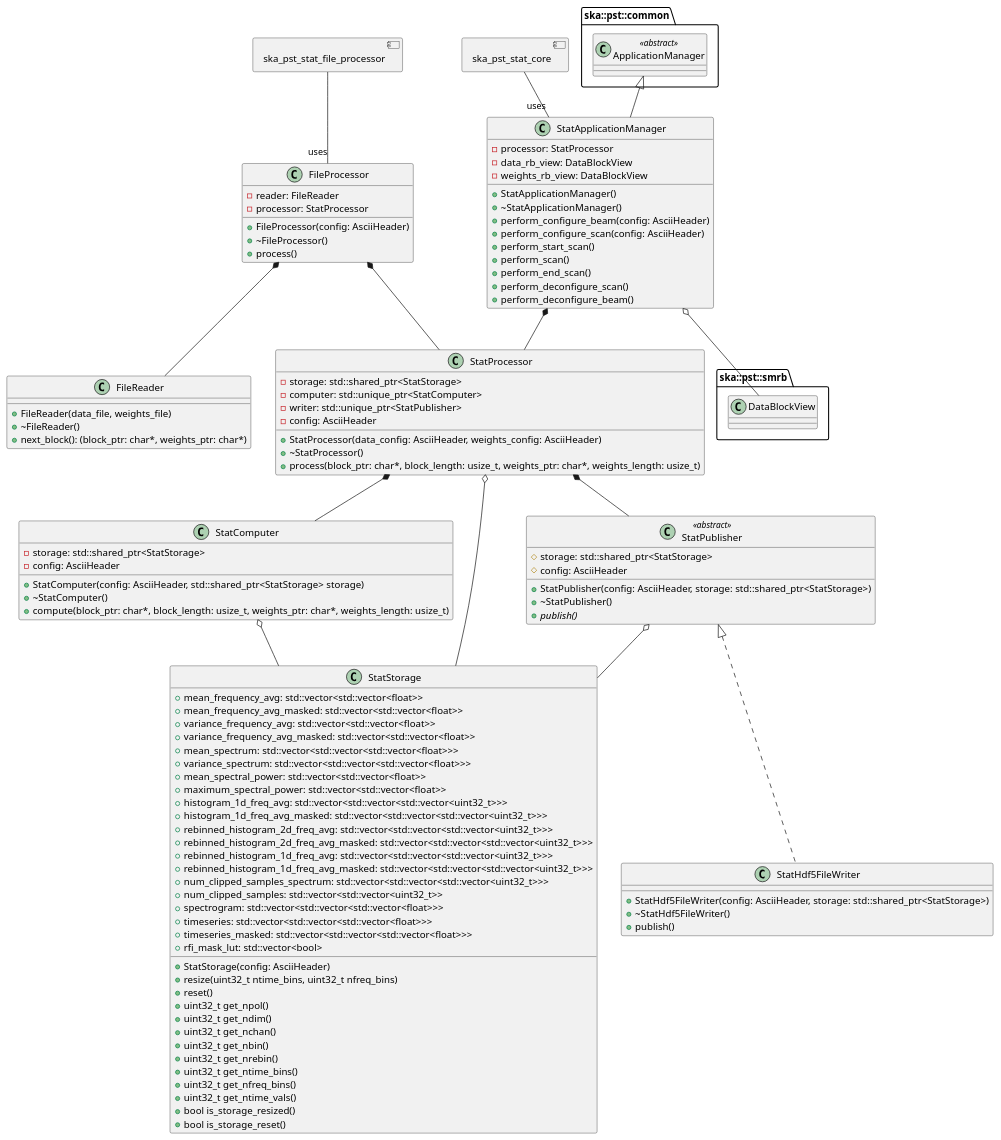
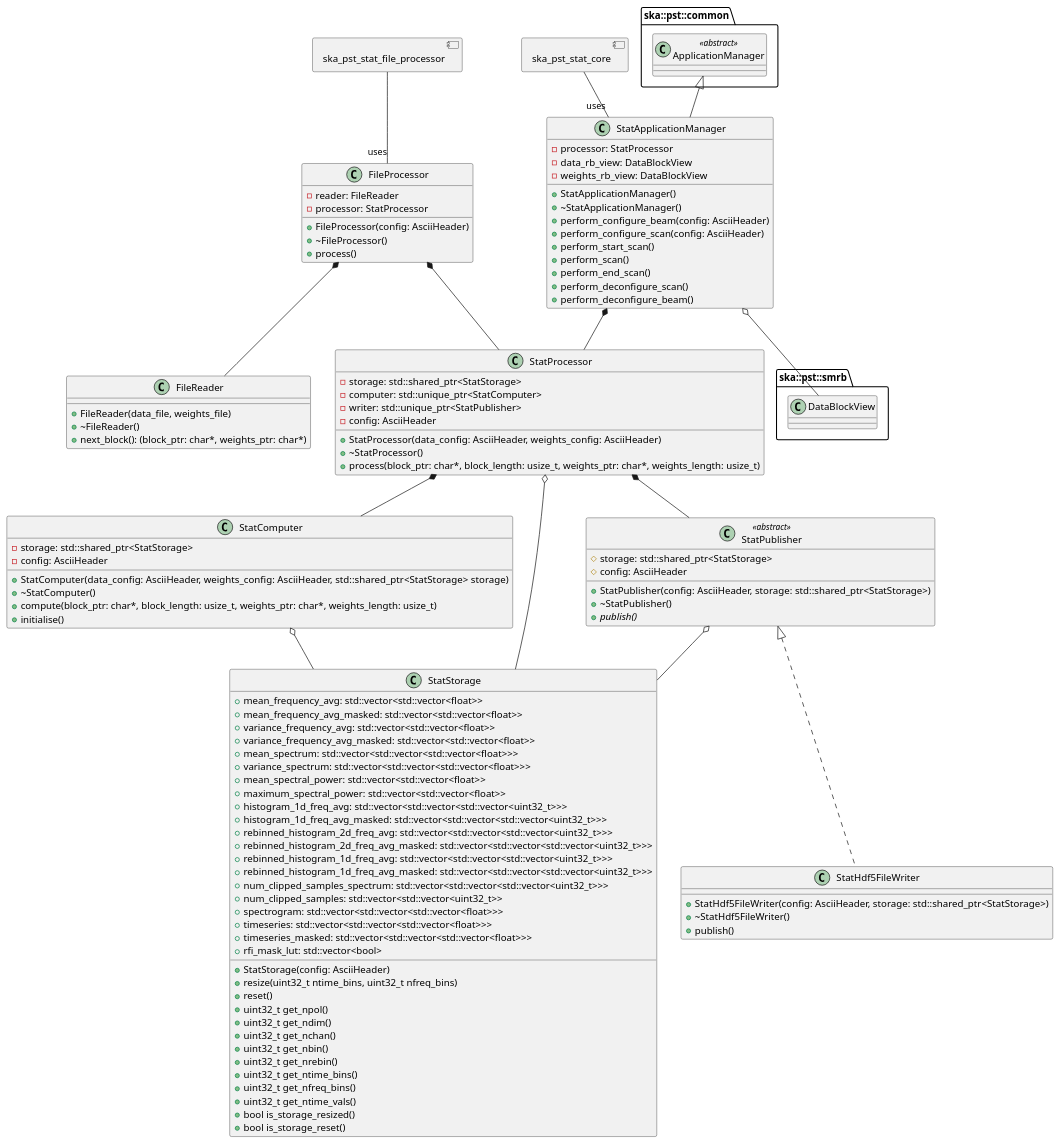
One commit to ska-telescope/ska-pst-stat changed the diagram in docs/src/architecture/class_diagram.puml. Above: the diagram before and after it, drawn with PlantUML. The commit also changed 11 other files, not shown here.

```diff
--- a/docs/src/architecture/class_diagram.puml
+++ b/docs/src/architecture/class_diagram.puml
@@ -1,127 +1,128 @@
 @startuml PST Stat Class Diagram
 allow_mixing
 
 package ska::pst::common {
   class ApplicationManager <<abstract>>
 
 }
 package ska::pst::smrb {
   class DataBlockView
 }
 
 class StatApplicationManager {
   + StatApplicationManager()
   + ~StatApplicationManager()
   + perform_configure_beam(config: AsciiHeader)
   + perform_configure_scan(config: AsciiHeader)
   + perform_start_scan()
   + perform_scan()
   + perform_end_scan()
   + perform_deconfigure_scan()
   + perform_deconfigure_beam()
   - processor: StatProcessor
   - data_rb_view: DataBlockView
   - weights_rb_view: DataBlockView
 }
 
 class FileProcessor {
   + FileProcessor(config: AsciiHeader)
   + ~FileProcessor()
   + process()
   - reader: FileReader
   - processor: StatProcessor
 }
 
 class FileReader {
   + FileReader(data_file, weights_file)
   + ~FileReader()
   + next_block(): (block_ptr: char*, weights_ptr: char*)
 }
 
 class StatProcessor {
   + StatProcessor(data_config: AsciiHeader, weights_config: AsciiHeader)
   + ~StatProcessor()
   + process(block_ptr: char*, block_length: usize_t, weights_ptr: char*, weights_length: usize_t)
   - storage: std::shared_ptr<StatStorage>
   - computer: std::unique_ptr<StatComputer>
   - writer: std::unique_ptr<StatPublisher>
   - config: AsciiHeader
 }
 
 class StatComputer {
-  + StatComputer(config: AsciiHeader, std::shared_ptr<StatStorage> storage)
+  + StatComputer(data_config: AsciiHeader, weights_config: AsciiHeader, std::shared_ptr<StatStorage> storage)
   + ~StatComputer()
   + compute(block_ptr: char*, block_length: usize_t, weights_ptr: char*, weights_length: usize_t)
+  + initialise()
   - storage: std::shared_ptr<StatStorage>
   - config: AsciiHeader
 }
 
 class StatStorage {
   + StatStorage(config: AsciiHeader)
   + resize(uint32_t ntime_bins, uint32_t nfreq_bins)
   + reset()
   + uint32_t get_npol()
   + uint32_t get_ndim()
   + uint32_t get_nchan()
   + uint32_t get_nbin()
   + uint32_t get_nrebin()
   + uint32_t get_ntime_bins()
   + uint32_t get_nfreq_bins()
   + uint32_t get_ntime_vals()
   + bool is_storage_resized()
   + bool is_storage_reset()
   + mean_frequency_avg: std::vector<std::vector<float>>
   + mean_frequency_avg_masked: std::vector<std::vector<float>>
   + variance_frequency_avg: std::vector<std::vector<float>>
   + variance_frequency_avg_masked: std::vector<std::vector<float>>
   + mean_spectrum: std::vector<std::vector<std::vector<float>>>
   + variance_spectrum: std::vector<std::vector<std::vector<float>>>
   + mean_spectral_power: std::vector<std::vector<float>>
   + maximum_spectral_power: std::vector<std::vector<float>>
   + histogram_1d_freq_avg: std::vector<std::vector<std::vector<uint32_t>>>
   + histogram_1d_freq_avg_masked: std::vector<std::vector<std::vector<uint32_t>>>
   + rebinned_histogram_2d_freq_avg: std::vector<std::vector<std::vector<uint32_t>>>
   + rebinned_histogram_2d_freq_avg_masked: std::vector<std::vector<std::vector<uint32_t>>>
   + rebinned_histogram_1d_freq_avg: std::vector<std::vector<std::vector<uint32_t>>>
   + rebinned_histogram_1d_freq_avg_masked: std::vector<std::vector<std::vector<uint32_t>>>
   + num_clipped_samples_spectrum: std::vector<std::vector<std::vector<uint32_t>>>
   + num_clipped_samples: std::vector<std::vector<uint32_t>>
   + spectrogram: std::vector<std::vector<std::vector<float>>>
   + timeseries: std::vector<std::vector<std::vector<float>>>
   + timeseries_masked: std::vector<std::vector<std::vector<float>>>
   + rfi_mask_lut: std::vector<bool>
 }
 
 class StatPublisher <<abstract>> {
   # storage: std::shared_ptr<StatStorage>
   # config: AsciiHeader
   + StatPublisher(config: AsciiHeader, storage: std::shared_ptr<StatStorage>)
   + ~StatPublisher()
   {abstract} + publish()
 }
 
 class StatHdf5FileWriter implements StatPublisher {
   + StatHdf5FileWriter(config: AsciiHeader, storage: std::shared_ptr<StatStorage>)
   + ~StatHdf5FileWriter()
   + publish()
 }
 
 StatProcessor *-- StatComputer
 StatProcessor *-- StatPublisher
 StatProcessor o-- StatStorage
 StatComputer o-- StatStorage
 StatPublisher o-- StatStorage
 
 ApplicationManager <|-- StatApplicationManager
 StatApplicationManager o-- DataBlockView
 StatApplicationManager *-- StatProcessor
 
 FileProcessor *-- FileReader
 FileProcessor *-- StatProcessor
 
 component ska_pst_stat_core
 ska_pst_stat_core -- "uses" StatApplicationManager
 component ska_pst_stat_file_processor
 ska_pst_stat_file_processor -- "uses" FileProcessor
 
 @enduml
```
